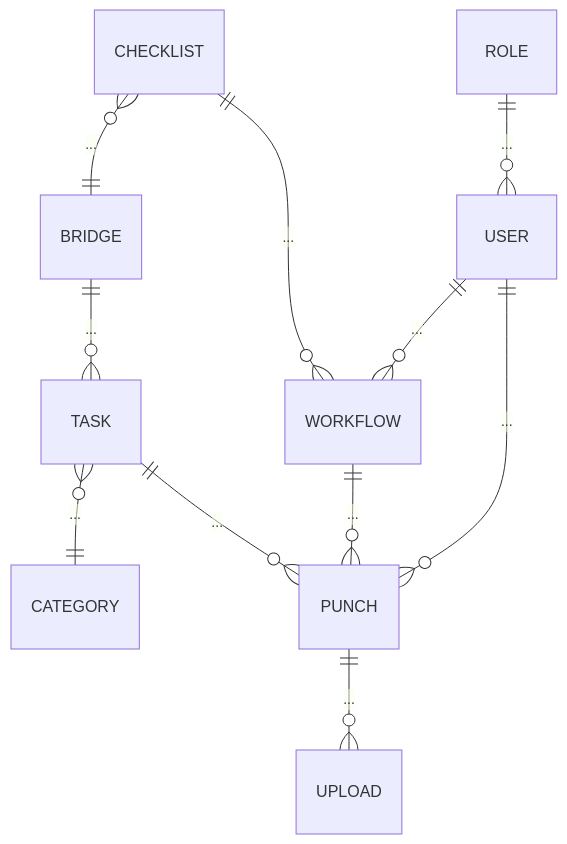
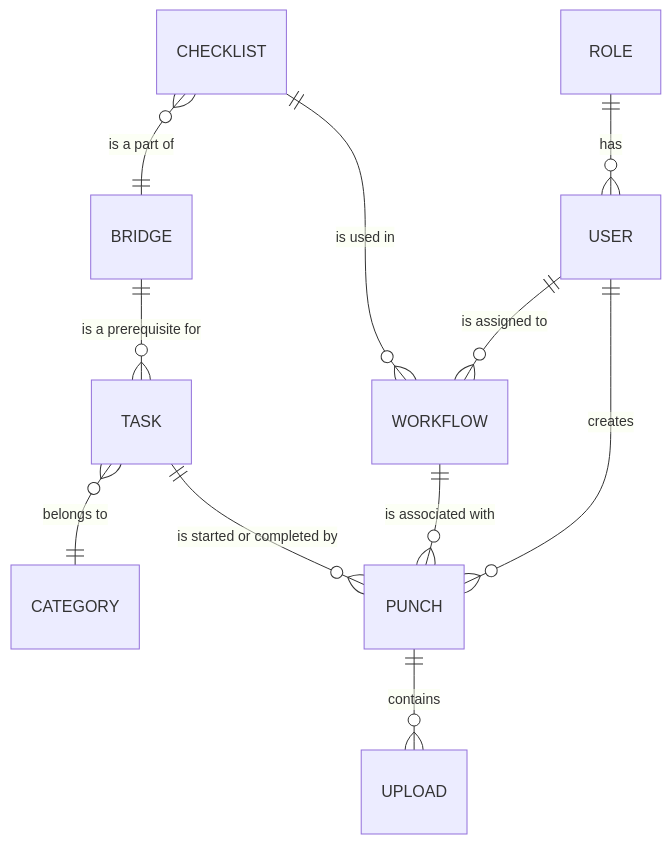
The diagram in README.md (OptiCorp/turbin-sikker-api), drawn with Mermaid before and after one commit.

Commit message:
fix: add relations

````diff
--- a/README.md
+++ b/README.md
@@ -5,13 +5,13 @@
 ```mermaid
     erDiagram
-        CHECKLIST }o--|| BRIDGE : "..."
-        BRIDGE ||--o{ TASK : "..."
-        TASK }o--|| CATEGORY : "..."
-        TASK ||--o{ PUNCH : "..."
-        WORKFLOW ||--o{ PUNCH : "..."
-        USER ||--o{ PUNCH : "..."
-        PUNCH ||--o{ UPLOAD : "..."
-        ROLE ||--o{ USER : "..."
-        CHECKLIST ||--o{ WORKFLOW : "..."
-        USER ||--o{ WORKFLOW : "..."
+        CHECKLIST }o--|| BRIDGE : "is a part of"
+        BRIDGE ||--o{ TASK : "is a prerequisite for"
+        TASK }o--|| CATEGORY : "belongs to"
+        TASK ||--o{ PUNCH : "is started or completed by"
+        WORKFLOW ||--o{ PUNCH : "is associated with"
+        USER ||--o{ PUNCH : "creates"
+        PUNCH ||--o{ UPLOAD : "contains"
+        ROLE ||--o{ USER : "has"
+        CHECKLIST ||--o{ WORKFLOW : "is used in"
+        USER ||--o{ WORKFLOW : "is assigned to"
 ```
````
